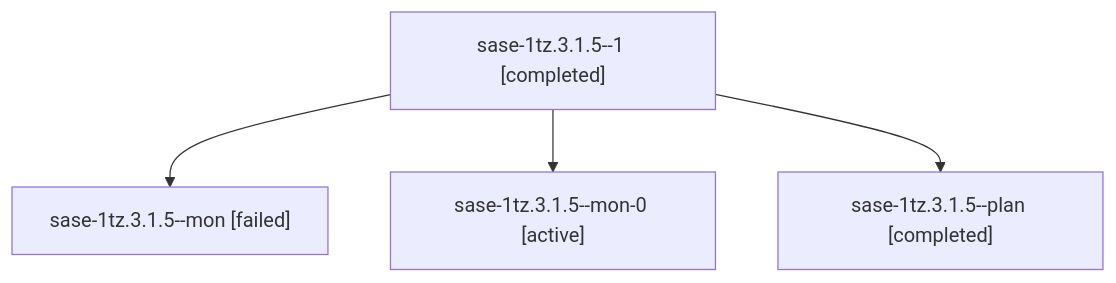
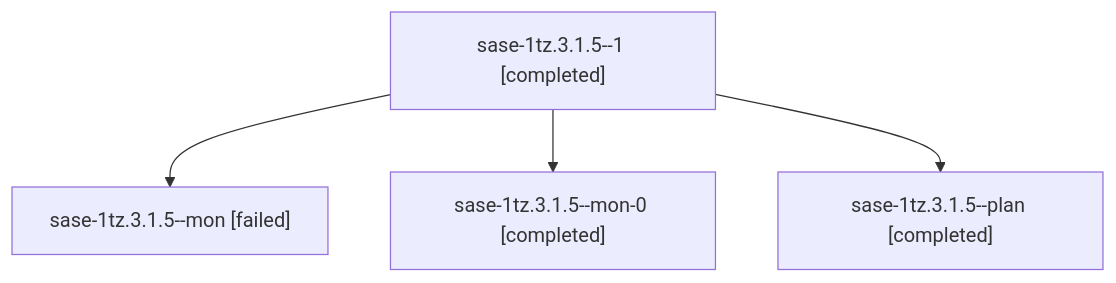
The diagram in sessions/bbugyi200.athena.sase-1tz.3.1.5.md (sase-org/sase--agents), drawn with Mermaid before and after one commit. The commit also changed other lines of this file and 74 other files, not shown here.

````diff
--- a/sessions/bbugyi200.athena.sase-1tz.3.1.5.md
+++ b/sessions/bbugyi200.athena.sase-1tz.3.1.5.md
@@ -9,10 +9,10 @@
 ```mermaid
 flowchart TD
   n0["sase-1tz.3.1.5--1 [completed]"]
   n1["sase-1tz.3.1.5--mon [failed]"]
   n0 --> n1
-  n2["sase-1tz.3.1.5--mon-0 [active]"]
+  n2["sase-1tz.3.1.5--mon-0 [completed]"]
   n0 --> n2
   n3["sase-1tz.3.1.5--plan [completed]"]
   n0 --> n3
 ```
````
